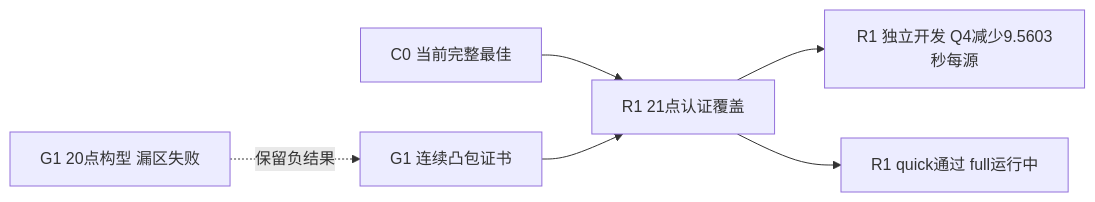
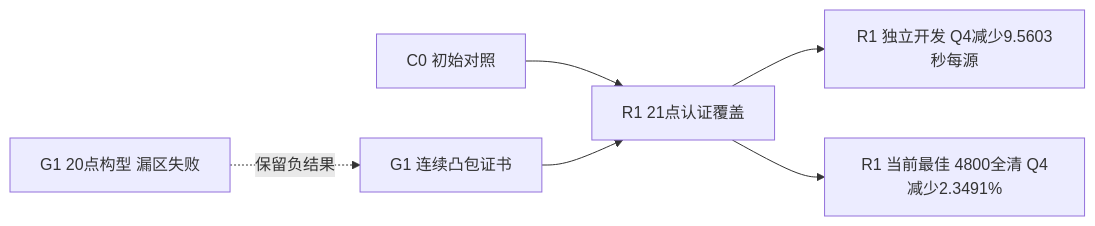
One commit to xiangguaguadadi-dot/cumcm2026-b changed the second of 2 diagrams in experiments/B3/optimization_path.md. Above: the diagram before and after it, drawn with Mermaid. The commit also changed other lines of this file and 4 other files, not shown here.

````diff
--- a/experiments/B3/optimization_path.md
+++ b/experiments/B3/optimization_path.md
@@ -16,12 +16,12 @@
 ```mermaid
 graph LR
- C0[C0 当前完整最佳] --> R1[R1 21点认证覆盖]
+ C0[C0 初始对照] --> R1[R1 21点认证覆盖]
  G1[G1 连续凸包证书] --> R1
  G20[G1 20点构型 漏区失败] -.保留负结果.-> G1
  R1 --> DEV[R1 独立开发 Q4减少9.5603秒每源]
- R1 --> REG[R1 quick通过 full运行中]
+ R1 --> REG[R1 当前最佳 4800全清 Q4减少2.3491%]
  click R1 "snapshots/r1_solver.py"
  click G1 "research/certificate_21_999_1864.json"
  click G20 "research/geometry_probe.json"
  click DEV "development/r1/summary.json"
 ```
````
